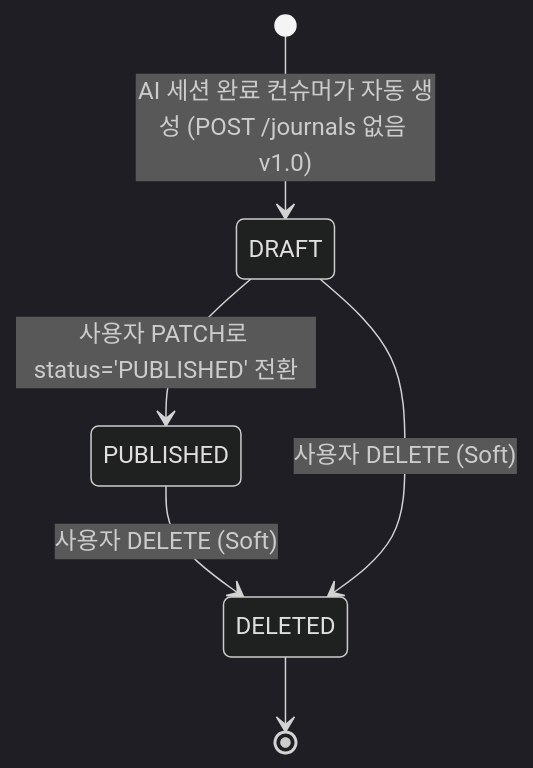
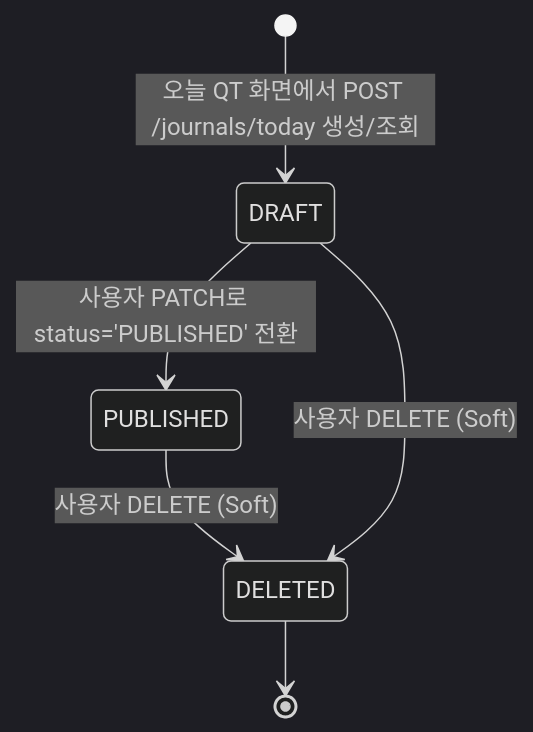
Before and after one commit to Tae0072/2nd-Team-Project: the seventh of 7 diagrams in 02_ERD_문서.md, drawn with Mermaid (dark theme). The commit also changed other lines of this file and 41 other files, not shown here.

````diff
--- a/02_ERD_문서.md
+++ b/02_ERD_문서.md
@@ -847,8 +852,8 @@
 ```mermaid
 stateDiagram-v2
-    [*] --> DRAFT: AI 세션 완료 컨슈머가 자동 생성 (POST /journals 없음 v1.0)
+    [*] --> DRAFT: 오늘 QT 화면에서 POST /journals/today 생성/조회
     DRAFT --> PUBLISHED: 사용자 PATCH로 status='PUBLISHED' 전환
     PUBLISHED --> DELETED: 사용자 DELETE (Soft)
     DRAFT --> DELETED: 사용자 DELETE (Soft)
     DELETED --> [*]
 ```
````
